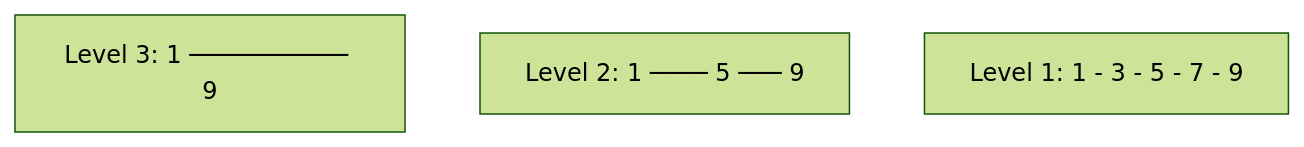
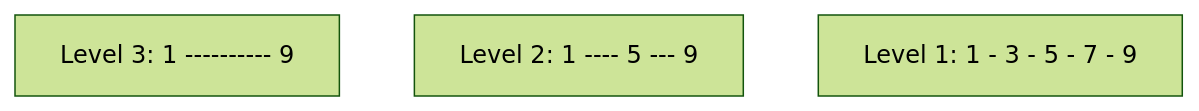
One commit to hareramcse/SystemDesign changed the sixth of 13 diagrams in 13-advanced-topics/README.md. Above: the diagram before and after it, drawn with Mermaid (forest theme). The commit also changed other lines of this file, not shown here.

````diff
--- a/13-advanced-topics/README.md
+++ b/13-advanced-topics/README.md
@@ -1152,6 +704,6 @@
 ```mermaid
 flowchart TB
-    L3["Level 3: 1 ─────────── 9"]
-    L2["Level 2: 1 ──── 5 ─── 9"]
+    L3["Level 3: 1 ---------- 9"]
+    L2["Level 2: 1 ---- 5 --- 9"]
     L1["Level 1: 1 - 3 - 5 - 7 - 9"]
 ```
````
